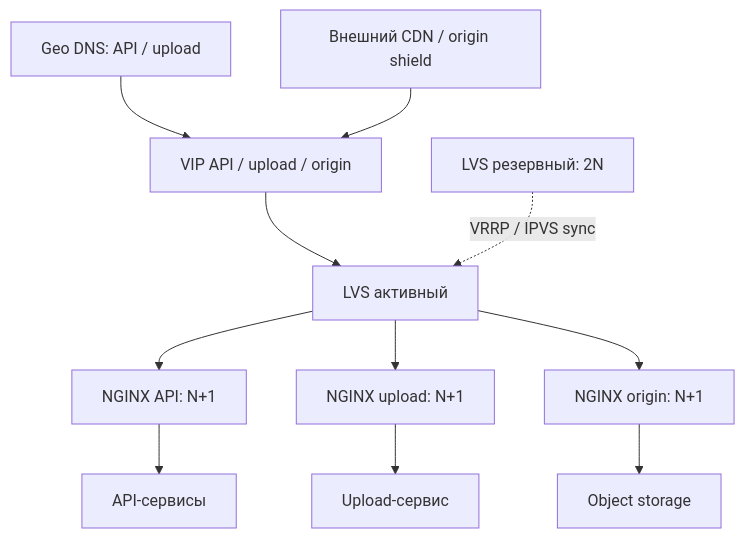
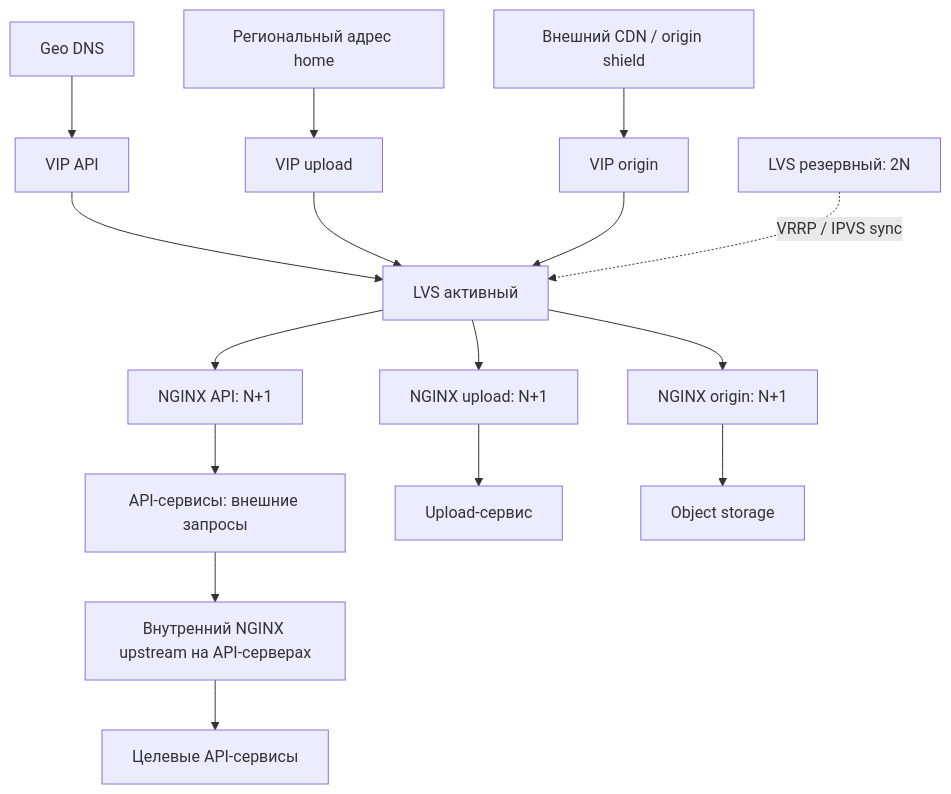
One commit to pavel-ladygin/highload_tp changed the second of 4 diagrams in README.md. Above: the diagram before and after it, drawn with Mermaid. The commit also changed other lines of this file, not shown here.

````diff
--- a/README.md
+++ b/README.md
@@ -192,13 +204,18 @@
 ```mermaid
 flowchart TB
-    G[Geo DNS: API / upload] --> V[VIP API / upload / origin]
-    C[Внешний CDN / origin shield] --> V
-    V --> L1[LVS активный]
+    G[Geo DNS] --> VA[VIP API]
+    H[Региональный адрес home] --> VU[VIP upload]
+    C[Внешний CDN / origin shield] --> VO[VIP origin]
+    VA --> L1[LVS активный]
+    VU --> L1
+    VO --> L1
     L2[LVS резервный: 2N] -. VRRP / IPVS sync .-> L1
     L1 --> A[NGINX API: N+1]
     L1 --> U[NGINX upload: N+1]
     L1 --> O[NGINX origin: N+1]
-    A --> B[API-сервисы]
+    A --> B[API-сервисы: внешние запросы]
+    B --> I[Внутренний NGINX upstream на API-серверах]
+    I --> B2[Целевые API-сервисы]
     U --> W[Upload-сервис]
     O --> F[Object storage]
 ```
````
